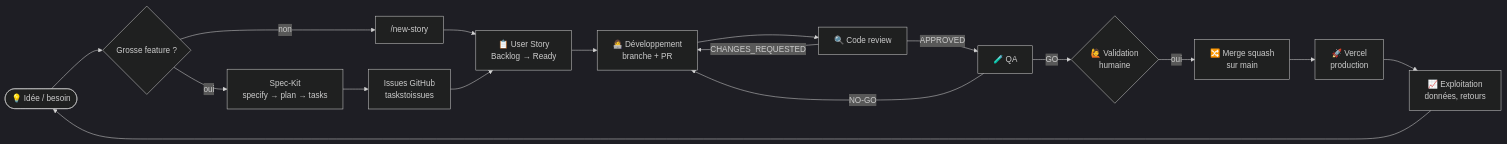
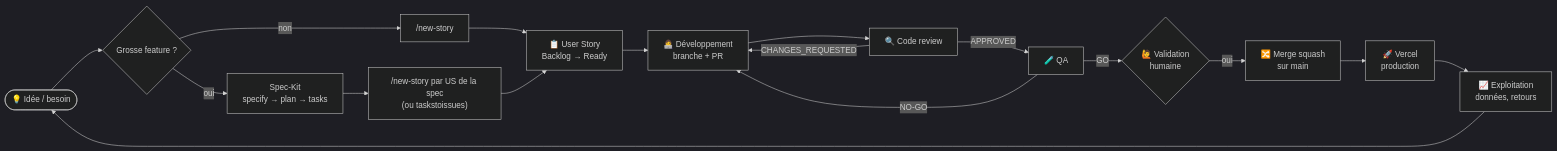
One commit to mehdisebei-debug/KIDS-APP changed the first of 12 diagrams in docs/SDLC.md. Above: the diagram before and after it, drawn with Mermaid (dark theme). The commit also changed other lines of this file, not shown here.

````diff
--- a/docs/SDLC.md
+++ b/docs/SDLC.md
@@ -42,19 +42,19 @@
 ```mermaid
 flowchart LR
     A([💡 Idée / besoin]) --> B{Grosse feature ?}
     B -- oui --> C[Spec-Kit<br/>specify → plan → tasks]
     B -- non --> D["/new-story"]
-    C --> D2[Issues GitHub<br/>taskstoissues]
+    C --> D2["/new-story par US de la spec<br/>(ou taskstoissues)"]
     D --> E[📋 User Story<br/>Backlog → Ready]
     D2 --> E
     E --> F[👩‍💻 Développement<br/>branche + PR]
     F --> G[🔍 Code review]
     G -- CHANGES_REQUESTED --> F
     G -- APPROVED --> H[🧪 QA]
     H -- NO-GO --> F
     H -- GO --> I{🙋 Validation<br/>humaine}
     I -- oui --> J[🔀 Merge squash<br/>sur main]
     J --> K[🚀 Vercel<br/>production]
     K --> L[📈 Exploitation<br/>données, retours]
     L --> A
 ```
````
